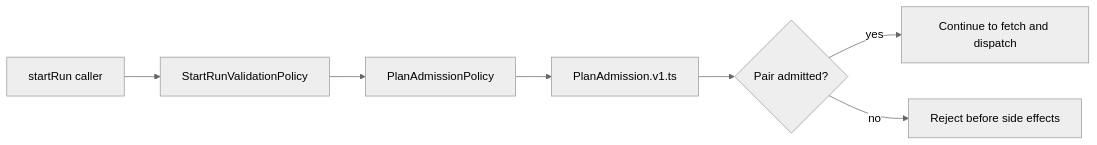
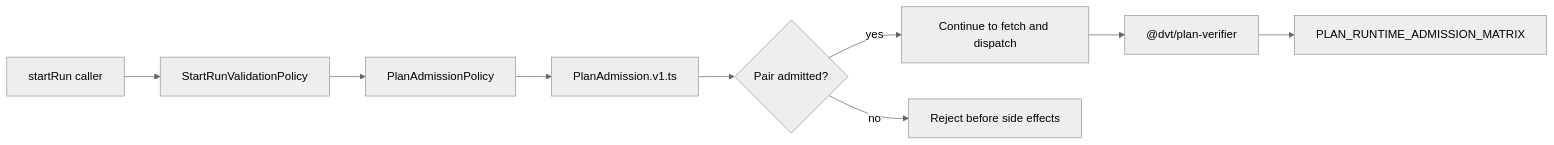
The diagram in buzon/20260429-codex-fowler-plan-admission-hard-cut-analysis-and-remediation.md (dunay2/dvt), drawn with Mermaid (neutral theme) before and after one commit. The commit also changed other lines of this file and 38 other files, not shown here.

Commit message:
refactor(engine): Consolidate plan admission policy

````diff
--- a/buzon/20260429-codex-fowler-plan-admission-hard-cut-analysis-and-remediation.md
+++ b/buzon/20260429-codex-fowler-plan-admission-hard-cut-analysis-and-remediation.md
@@ -26,9 +28,11 @@
 ```mermaid
 flowchart LR
   Caller["startRun caller"] --> StartRun["StartRunValidationPolicy"]
   StartRun --> Policy["PlanAdmissionPolicy"]
   Policy --> Matrix["PlanAdmission.v1.ts"]
   Matrix --> Decision{"Pair admitted?"}
   Decision -->|yes| Dispatch["Continue to fetch and dispatch"]
   Decision -->|no| Reject["Reject before side effects"]
+  Dispatch --> Verifier["@dvt/plan-verifier"]
+  Verifier --> RuntimeMatrix["PLAN_RUNTIME_ADMISSION_MATRIX"]
 ```
````
